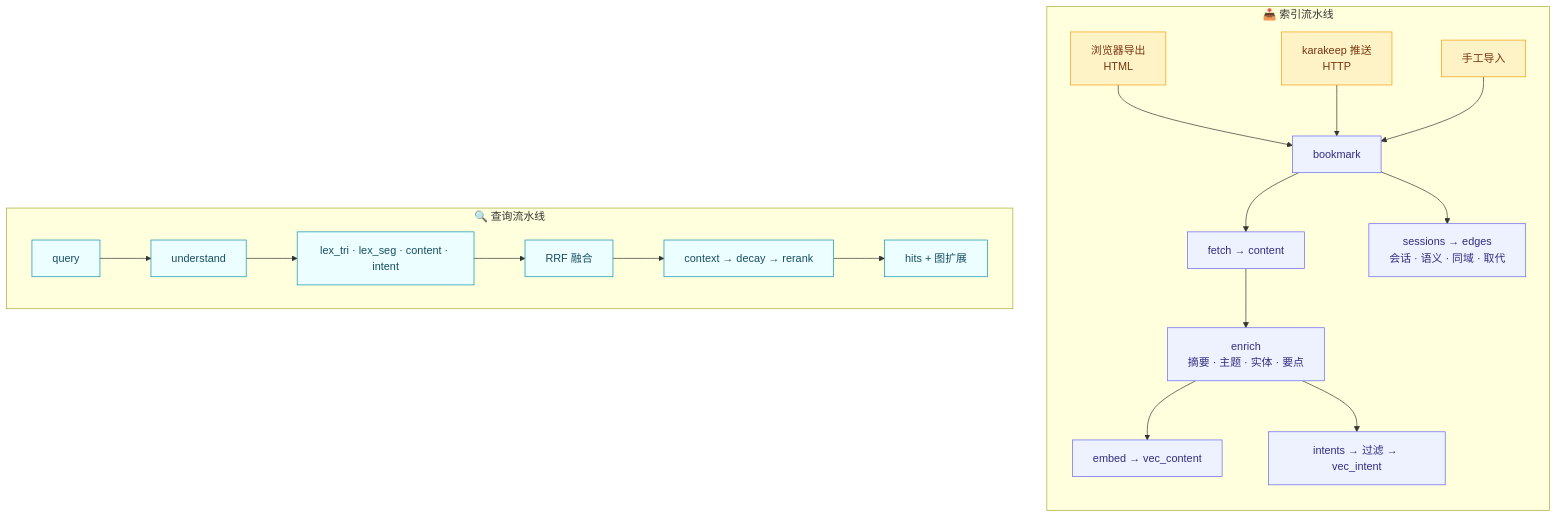
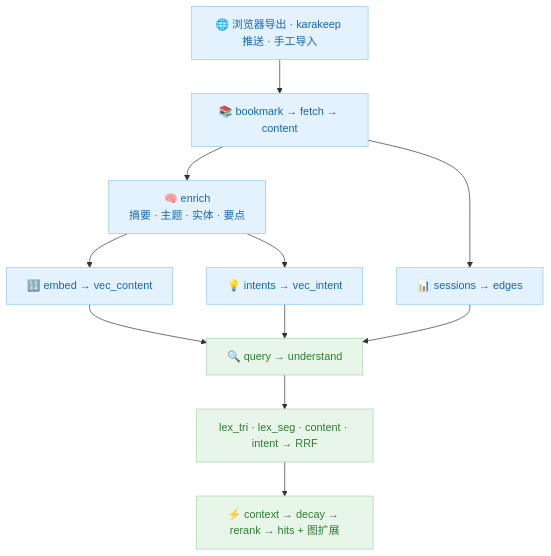
Before and after one commit to 88lin/facetmark: the diagram in README.zh-CN.md, drawn with Mermaid. The commit also changed 1 other file, not shown here.

Commit message:
docs: 简化 Mermaid 流程图 — 去掉 subgraph 分块，统一流程，柔和配色

````diff
--- a/README.zh-CN.md
+++ b/README.zh-CN.md
@@ -61,30 +61,19 @@
 ```mermaid
 flowchart TB
-    subgraph Index["📥 索引流水线"]
-        direction TB
-        A1["浏览器导出<br/>HTML"] --> B["bookmark"]
-        A2["karakeep 推送<br/>HTTP"] --> B
-        A3["手工导入"] --> B
-        B --> C["fetch → content"]
-        C --> D["enrich<br/>摘要 · 主题 · 实体 · 要点"]
-        D --> E["embed → vec_content"]
-        D --> F["intents → 过滤 → vec_intent"]
-        B --> G["sessions → edges<br/>会话 · 语义 · 同域 · 取代"]
-    end
+    A["🌐 浏览器导出 · karakeep 推送 · 手工导入"]
+    A --> B["📚 bookmark → fetch → content"]
+    B --> C["🧠 enrich<br/>摘要 · 主题 · 实体 · 要点"]
+    C --> D["🔢 embed → vec_content"]
+    C --> E["💡 intents → vec_intent"]
+    B --> F["📊 sessions → edges"]
+    D --> G["🔍 query → understand"]
+    E --> G
+    F --> G
+    G --> H["lex_tri · lex_seg · content · intent → RRF"]
+    H --> I["⚡ context → decay → rerank → hits + 图扩展"]
 
-    subgraph Query["🔍 查询流水线"]
-        direction LR
-        Q1["query"] --> Q2["understand"]
-        Q2 --> Q3["lex_tri · lex_seg · content · intent"]
-        Q3 --> Q4["RRF 融合"]
-        Q4 --> Q5["context → decay → rerank"]
-        Q5 --> Q6["hits + 图扩展"]
-    end
-
-    classDef input fill:#fef3c7,stroke:#f59e0b,color:#78350f
-    classDef core fill:#eef2ff,stroke:#6366f1,color:#312e81
-    classDef query fill:#ecfeff,stroke:#0891b2,color:#164e63
-    class A1,A2,A3 input
-    class B,C,D,E,F,G core
-    class Q1,Q2,Q3,Q4,Q5,Q6 query
+    classDef index fill:#e3f2fd,stroke:#90caf9,color:#1565c0
+    classDef query fill:#e8f5e9,stroke:#a5d6a7,color:#2e7d32
+    class A,B,C,D,E,F index
+    class G,H,I query
 ```
````
